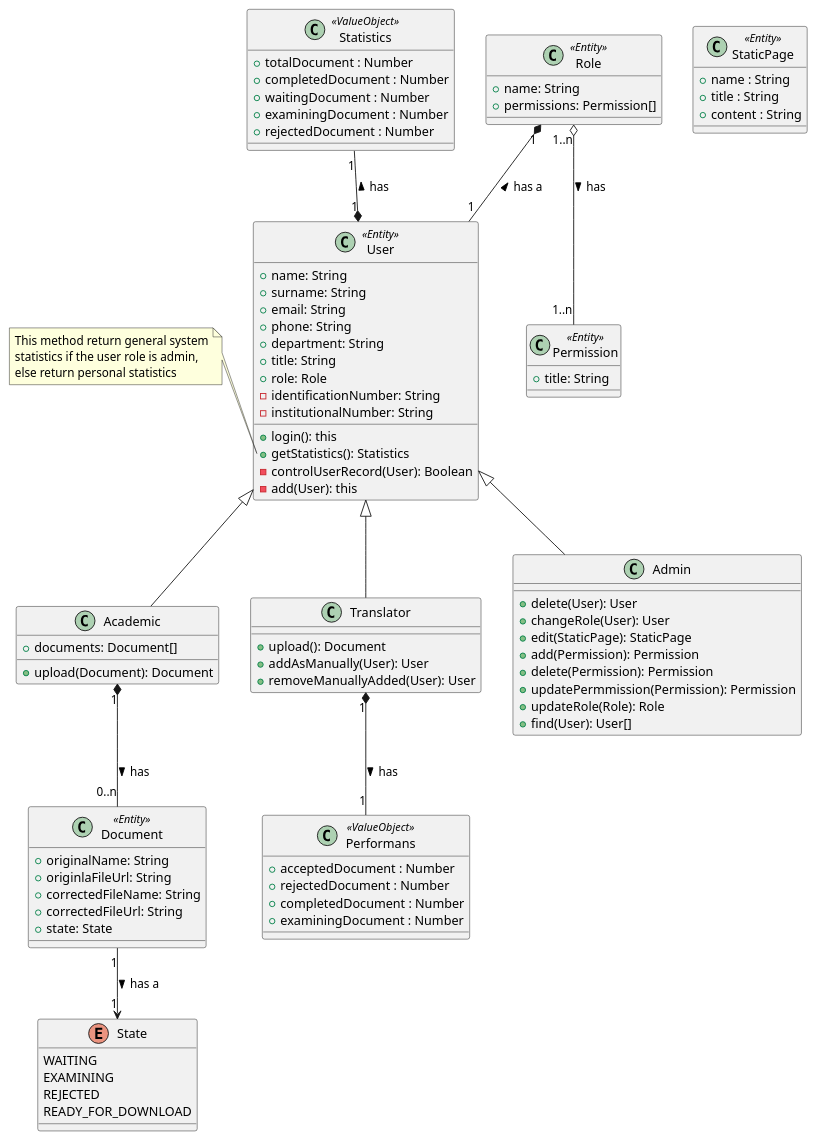
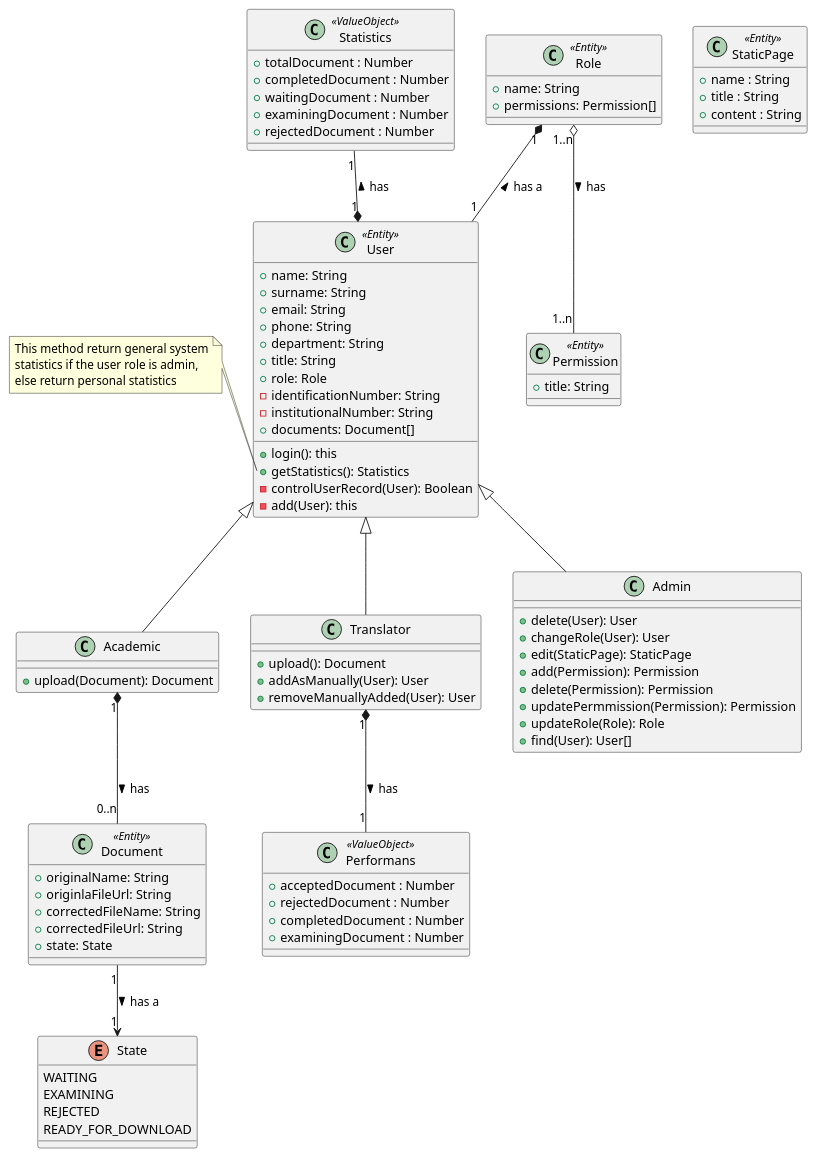
Before and after one commit to uygaraydin/academic-paper-proofreading: the diagram in class-diagram.puml, drawn with PlantUML. The commit also changed other lines of this file and 2 other files, not shown here.

```diff
--- a/class-diagram.puml
+++ b/class-diagram.puml
@@ -1,104 +1,104 @@
 @startuml ATCS
 
 class User <<Entity>> {
   + name: String
   + surname: String
   + email: String
   + phone: String
   + department: String
   + title: String
   + role: Role
   - identificationNumber: String
   - institutionalNumber: String
+  + documents: Document[]
   + login(): this
   + getStatistics(): Statistics
   - controlUserRecord(User): Boolean
   - add(User): this
 }
 note left of User::getStatistics
 This method return general system
 statistics if the user role is admin,
 else return personal statistics
 end note
 
 
 class Academic {
-  + documents: Document[]
   + upload(Document): Document
 }
 
 class Translator {
   + upload(): Document
   + addAsManually(User): User
   + removeManuallyAdded(User): User
 }
 
 class Admin {
   + delete(User): User
   + changeRole(User): User
   + edit(StaticPage): StaticPage
   + add(Permission): Permission
   + delete(Permission): Permission
   + updatePermmission(Permission): Permission
   + updateRole(Role): Role
   + find(User): User[]
 }
 
 class Statistics <<ValueObject>> {
   + totalDocument : Number
   + completedDocument : Number
   + waitingDocument : Number
   + examiningDocument : Number
   + rejectedDocument : Number
 }
 
 class Performans <<ValueObject>> {
   + acceptedDocument : Number
   + rejectedDocument : Number
   + completedDocument : Number
   + examiningDocument : Number
 }
 
 class StaticPage <<Entity>> {
   + name : String
   + title : String
   + content : String
 }
 
 class Document <<Entity>> {
   + originalName: String
   + originlaFileUrl: String
   + correctedFileName: String
   + correctedFileUrl: String
   + state: State
 }
 
 class Role <<Entity>> {
   + name: String
   + permissions: Permission[]
 }
 
 class Permission <<Entity>> {
   + title: String
 }
 
 enum State {
   WAITING
   EXAMINING
   REJECTED
   READY_FOR_DOWNLOAD
 }
 
 
 Academic -up-|> User
 Translator -up-|> User
 Admin -up-|> User
 Academic "1" *-- "0..n" Document : has >
 Document "1" --> "1" State : has a >
 Role "1" *-- "1" User : has a <
 Role "1..n" o-- "1..n" Permission : has >
 User "1" *-up- "1" Statistics : has >
 Translator "1" *-- "1" Performans : has >
 
 
 @enduml
```
